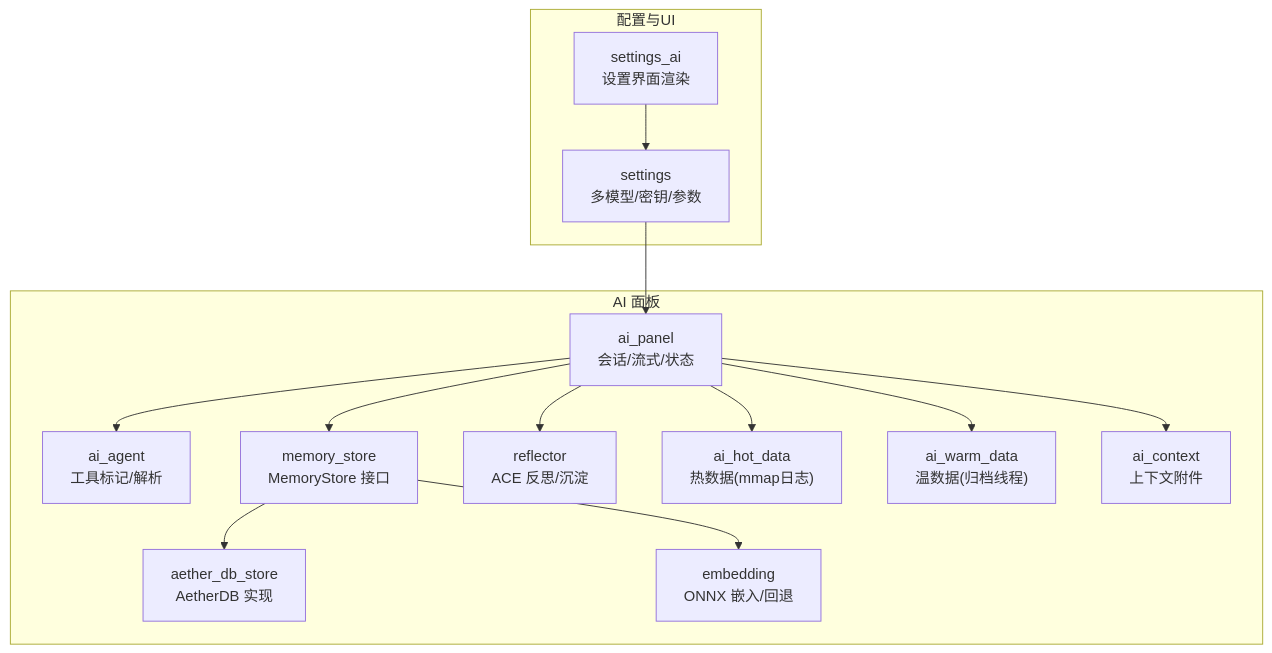
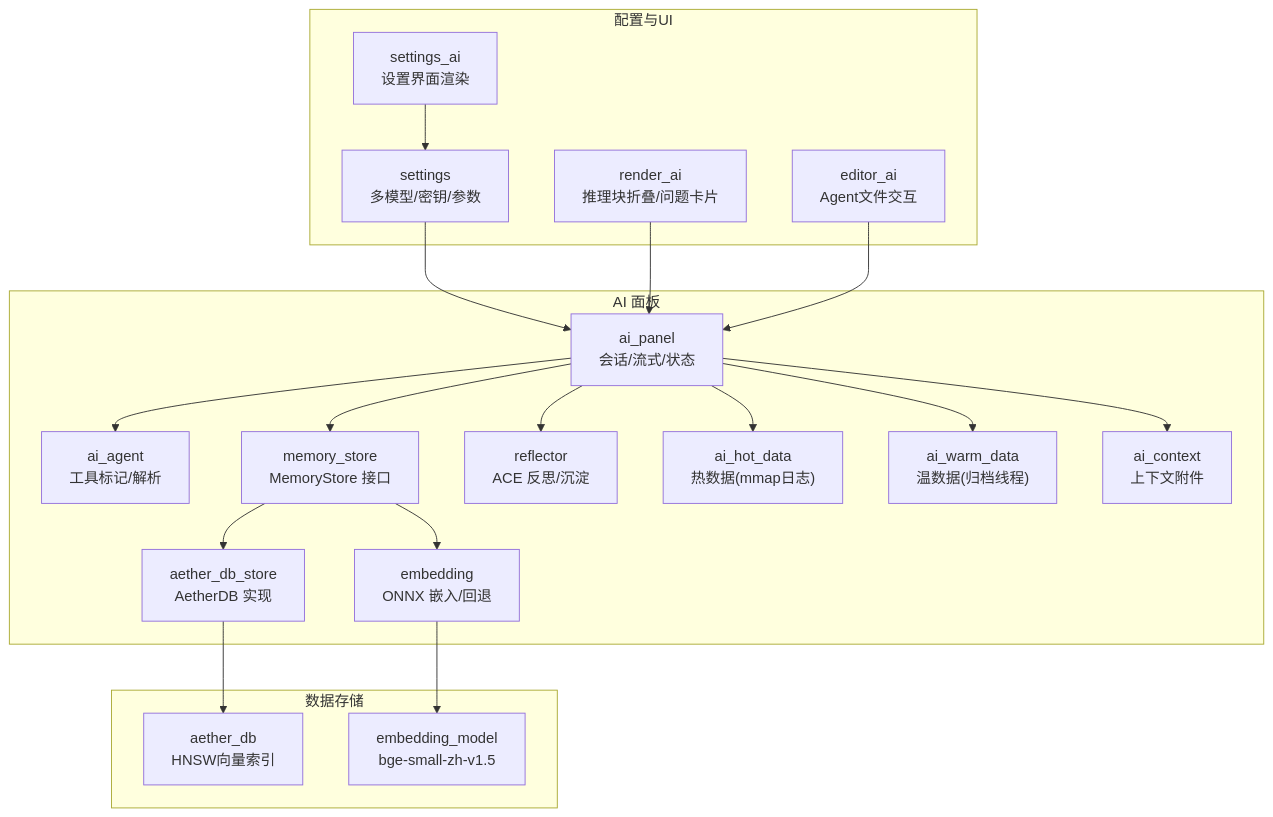
One commit to aetherstudio-cn/AetherStudio changed the first of 10 diagrams in .qoder/repowiki/zh/content/AI 助手系统/AI 助手系统.md. Above: the diagram before and after it, drawn with Mermaid. The commit also changed other lines of this file and 17 other files, not shown here.

````diff
--- a/.qoder/repowiki/zh/content/AI 助手系统/AI 助手系统.md
+++ b/.qoder/repowiki/zh/content/AI 助手系统/AI 助手系统.md
@@ -40,28 +51,38 @@
 ```mermaid
 graph TB
 subgraph "AI 面板"
 A["ai_panel<br/>会话/流式/状态"]
 B["ai_agent<br/>工具标记/解析"]
 C["memory_store<br/>MemoryStore 接口"]
 D["aether_db_store<br/>AetherDB 实现"]
 E["embedding<br/>ONNX 嵌入/回退"]
 F["reflector<br/>ACE 反思/沉淀"]
 G["ai_hot_data<br/>热数据(mmap日志)"]
 H["ai_warm_data<br/>温数据(归档线程)"]
 I["ai_context<br/>上下文附件"]
 end
 subgraph "配置与UI"
 J["settings<br/>多模型/密钥/参数"]
 K["settings_ai<br/>设置界面渲染"]
+L["render_ai<br/>推理块折叠/问题卡片"]
+M["editor_ai<br/>Agent文件交互"]
+end
+subgraph "数据存储"
+N["aether_db<br/>HNSW向量索引"]
+O["embedding_model<br/>bge-small-zh-v1.5"]
 end
 A --> B
 A --> C
 C --> D
 C --> E
 A --> F
 A --> G
 A --> H
 A --> I
 J --> A
 K --> J
+L --> A
+M --> A
+D --> N
+E --> O
 ```
````
